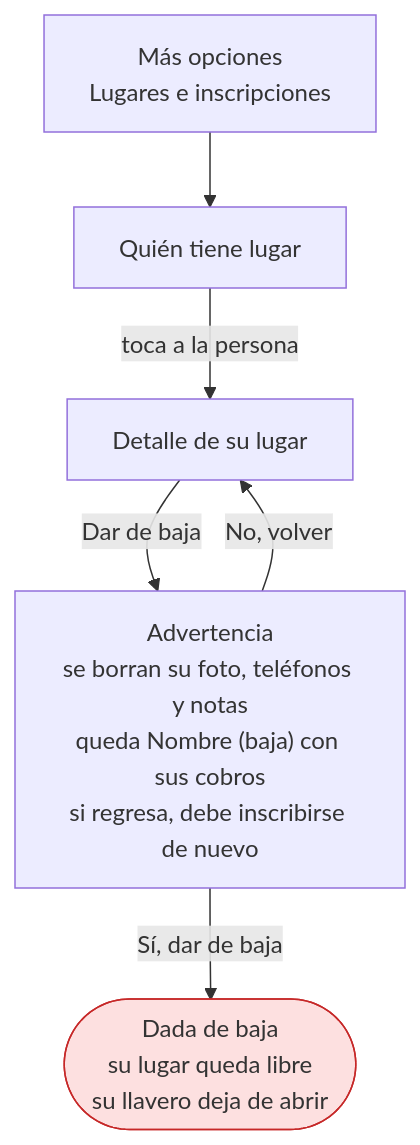
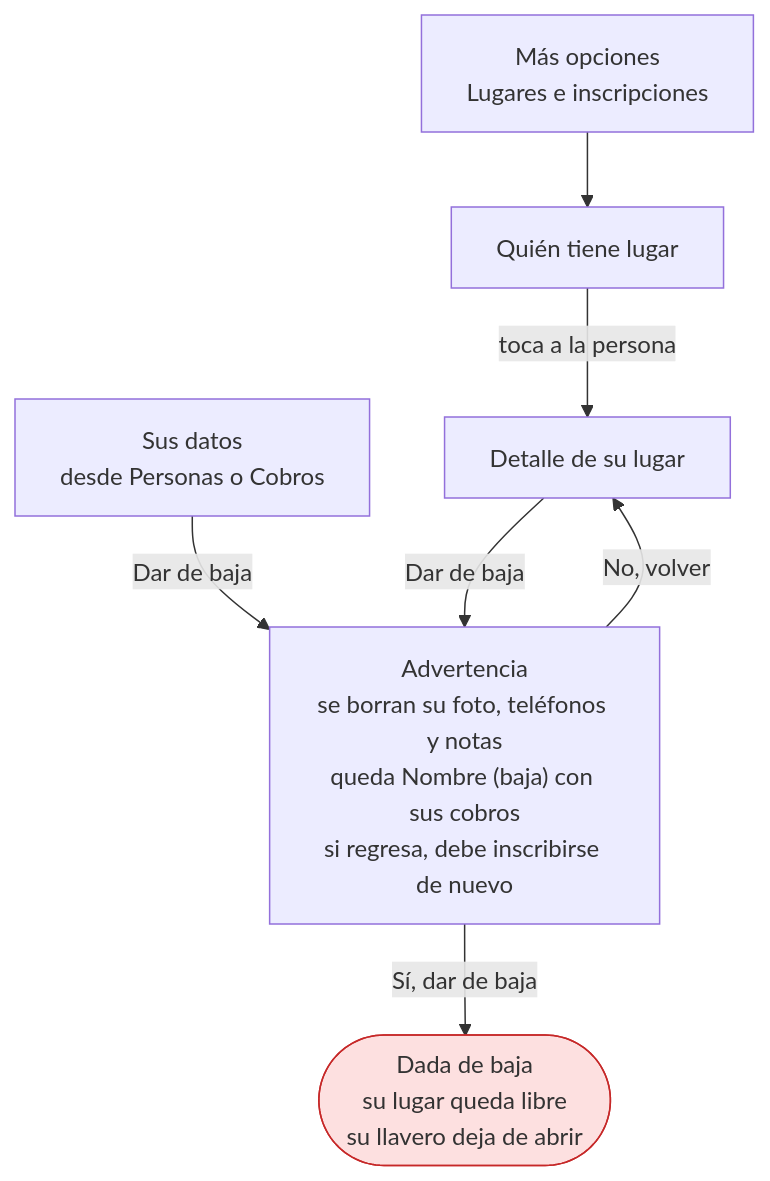
Before and after one commit to MissPili/cuentas-conmigo: diagram 15 of 15 in docs/MANUAL-FLUJOS.md, drawn with Mermaid. The commit also changed other lines of this file and 13 other files, not shown here.

First line of the commit message:
Corregir cobros (con caducidad de 24 h), Sus datos en los cobros, baja desde Sus datos y llaveros en la página 1

````diff
--- a/docs/MANUAL-FLUJOS.md
+++ b/docs/MANUAL-FLUJOS.md
@@ -353,9 +380,10 @@
 ```mermaid
 flowchart TD
   M["Más opciones<br>Lugares e inscripciones"] --> Q["Quién tiene lugar"]
   Q -->|"toca a la persona"| SD["Detalle de su lugar"]
+  PD["Sus datos<br>desde Personas o Cobros"] -->|"Dar de baja"| C
   SD -->|"Dar de baja"| C["Advertencia<br>se borran su foto, teléfonos y notas<br>queda Nombre (baja) con sus cobros<br>si regresa, debe inscribirse de nuevo"]
   C -->|"Sí, dar de baja"| B(["Dada de baja<br>su lugar queda libre<br>su llavero deja de abrir"])
   C -->|"No, volver"| SD
   style B fill:#fde0e0,stroke:#c62828
 ```
````
